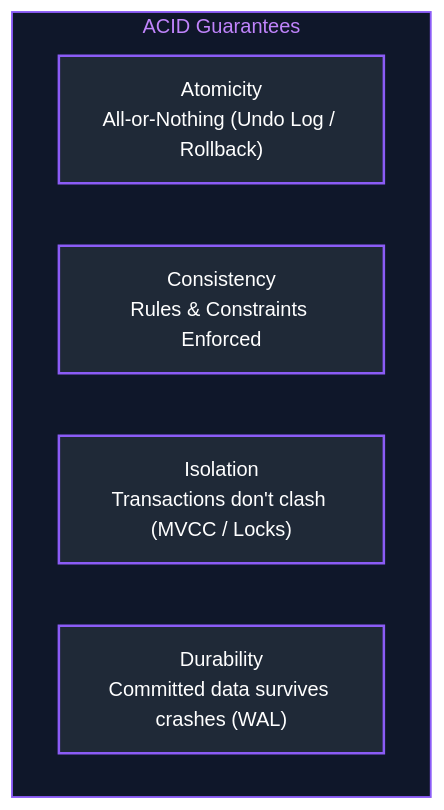
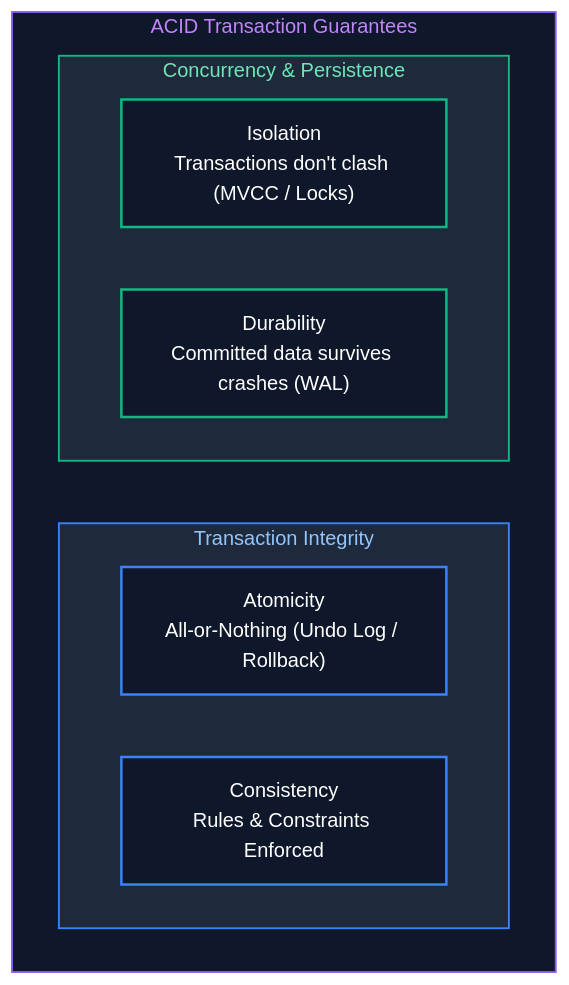
Before and after one commit to joydeep-biswas/Interview-Preparation: diagram 23 of 27 in Data Engineering/04_database_internals_and_performance.md, drawn with Mermaid. The commit also changed other lines of this file and 76 other files, not shown here.

Commit message:
Updated Charts

````diff
--- a/Data Engineering/04_database_internals_and_performance.md
+++ b/Data Engineering/04_database_internals_and_performance.md
@@ -1326,16 +1344,24 @@
 ```mermaid
 flowchart TD
-    subgraph ACID ["ACID Guarantees"]
-        A["Atomicity<br/>All-or-Nothing (Undo Log / Rollback)"]
-        C["Consistency<br/>Rules & Constraints Enforced"]
-        I["Isolation<br/>Transactions don't clash (MVCC / Locks)"]
-        D["Durability<br/>Committed data survives crashes (WAL)"]
+    subgraph ACID ["ACID Transaction Guarantees"]
+        subgraph G1 ["Transaction Integrity"]
+            direction LR
+            A["Atomicity<br/>All-or-Nothing (Undo Log / Rollback)"]
+            C["Consistency<br/>Rules & Constraints Enforced"]
+        end
+        subgraph G2 ["Concurrency & Persistence"]
+            direction LR
+            I["Isolation<br/>Transactions don't clash (MVCC / Locks)"]
+            D["Durability<br/>Committed data survives crashes (WAL)"]
+        end
     end
 
     style ACID fill:#0f172a,stroke:#8b5cf6,stroke-width:1.5px,color:#c084fc
+    style G1 fill:#1e293b,stroke:#3b82f6,stroke-width:1.5px,color:#93c5fd
+    style G2 fill:#1e293b,stroke:#10b981,stroke-width:1.5px,color:#6ee7b7
 
-    style A fill:#1f2937,stroke:#8b5cf6,stroke-width:2px,color:#fff
-    style C fill:#1f2937,stroke:#8b5cf6,stroke-width:2px,color:#fff
-    style I fill:#1f2937,stroke:#8b5cf6,stroke-width:2px,color:#fff
-    style D fill:#1f2937,stroke:#8b5cf6,stroke-width:2px,color:#fff
+    style A fill:#0f172a,stroke:#3b82f6,stroke-width:2px,color:#fff
+    style C fill:#0f172a,stroke:#3b82f6,stroke-width:2px,color:#fff
+    style I fill:#0f172a,stroke:#10b981,stroke-width:2px,color:#fff
+    style D fill:#0f172a,stroke:#10b981,stroke-width:2px,color:#fff
 ```
````
